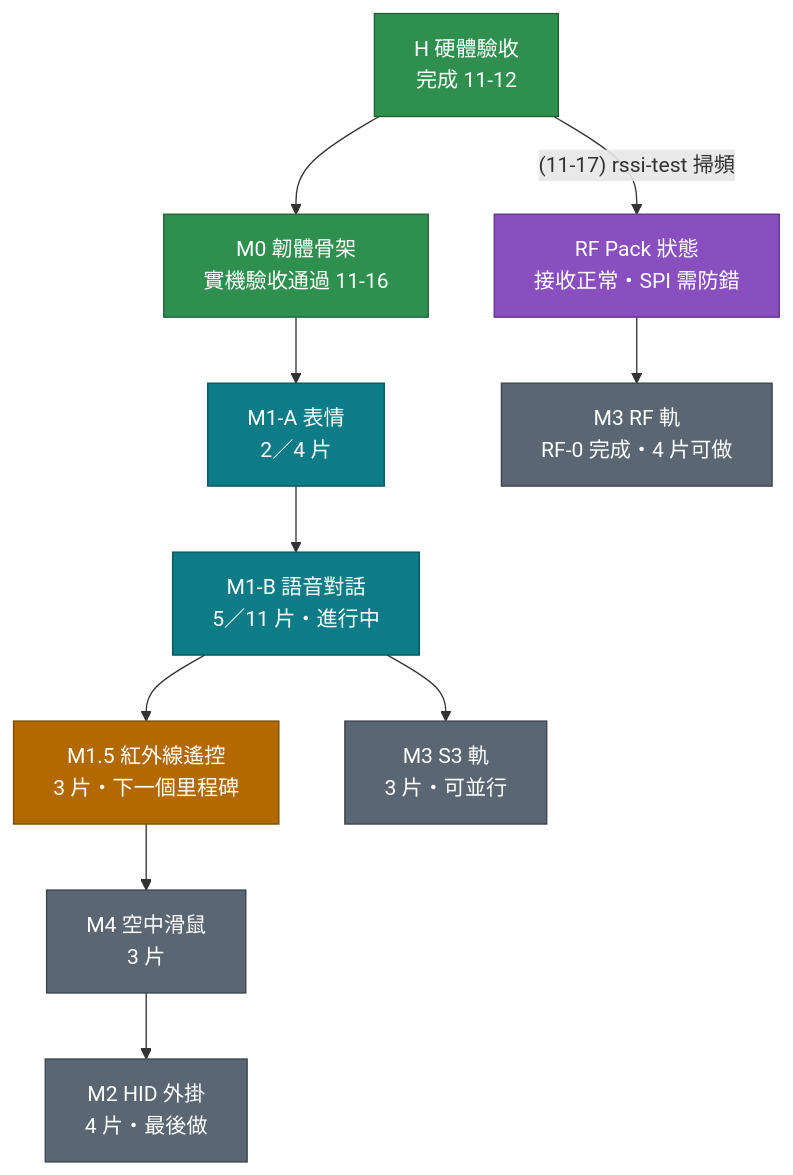
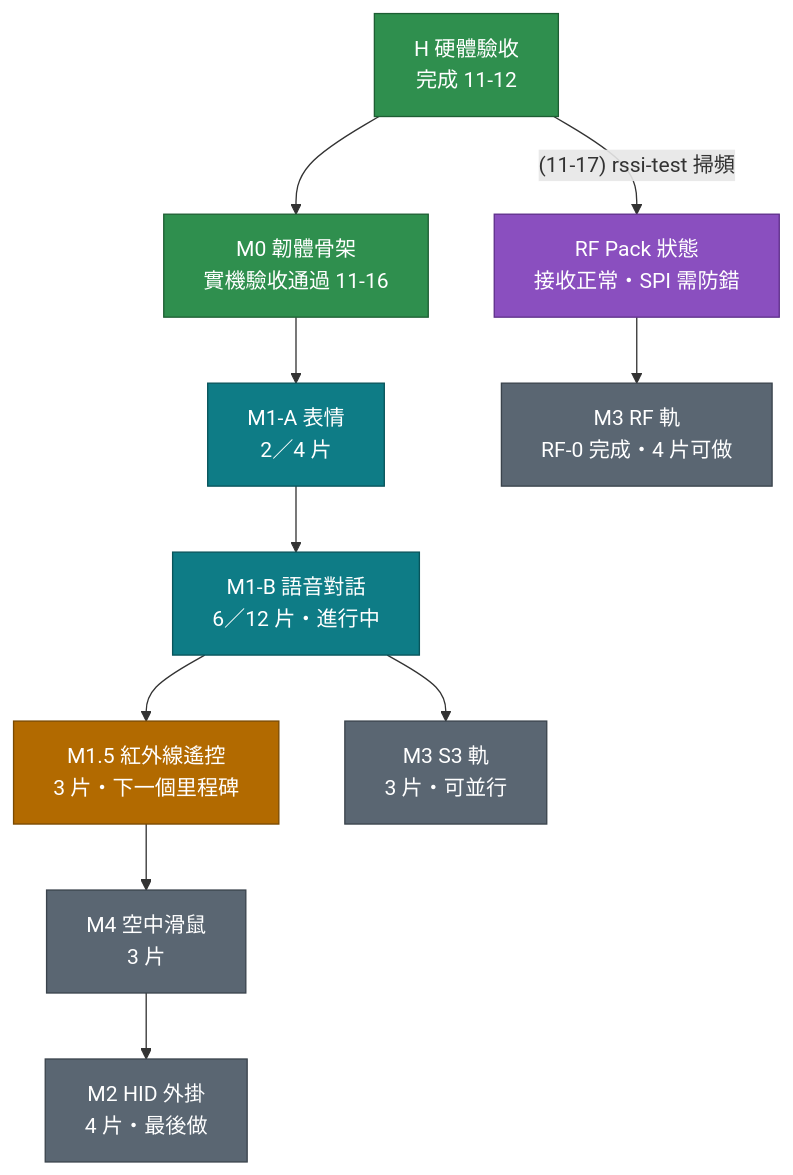
Before and after one commit to MilesYP/m5sticks3: the first of 2 diagrams in docs/StickS3 執行計劃.md, drawn with Mermaid. The commit also changed other lines of this file and 8 other files, not shown here.

````diff
--- a/docs/StickS3 執行計劃.md
+++ b/docs/StickS3 執行計劃.md
@@ -29,28 +29,28 @@
 ```mermaid
 flowchart TD
     H["H 硬體驗收<br>完成 11-12"]
     M0["M0 韌體骨架<br>實機驗收通過 11-16"]
     M1A["M1-A 表情<br>2／4 片"]
-    M1B["M1-B 語音對話<br>5／11 片・進行中"]
+    M1B["M1-B 語音對話<br>6／12 片・進行中"]
     M15["M1.5 紅外線遙控<br>3 片・下一個里程碑"]
     M4["M4 空中滑鼠<br>3 片"]
     M2["M2 HID 外掛<br>4 片・最後做"]
     M3S["M3 S3 軌<br>3 片・可並行"]
     M3R["M3 RF 軌<br>RF-0 完成・4 片可做"]
     RS["RF Pack 狀態<br>接收正常・SPI 需防錯"]
 
     H --> M0 --> M1A --> M1B --> M15 --> M4 --> M2
     M1B --> M3S
     H -->|"(11-17) rssi-test 掃頻"| RS --> M3R
 
     classDef done fill:#2f8f4e,color:#ffffff,stroke:#1d5e33
     classDef doing fill:#0e7c86,color:#ffffff,stroke:#08545b
     classDef next fill:#b26a00,color:#ffffff,stroke:#7a4900
     classDef todo fill:#5a6672,color:#ffffff,stroke:#3a434c
     classDef gate fill:#8a4fbf,color:#ffffff,stroke:#5e2f8a
     class H,M0 done
     class M1A,M1B doing
     class M15 next
     class M4,M2,M3S,M3R todo
     class RS gate
 ```
````
